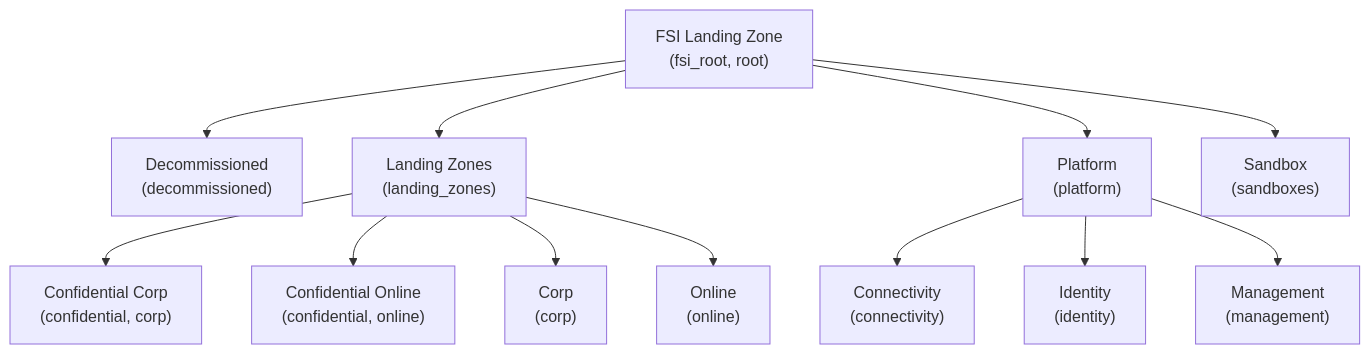
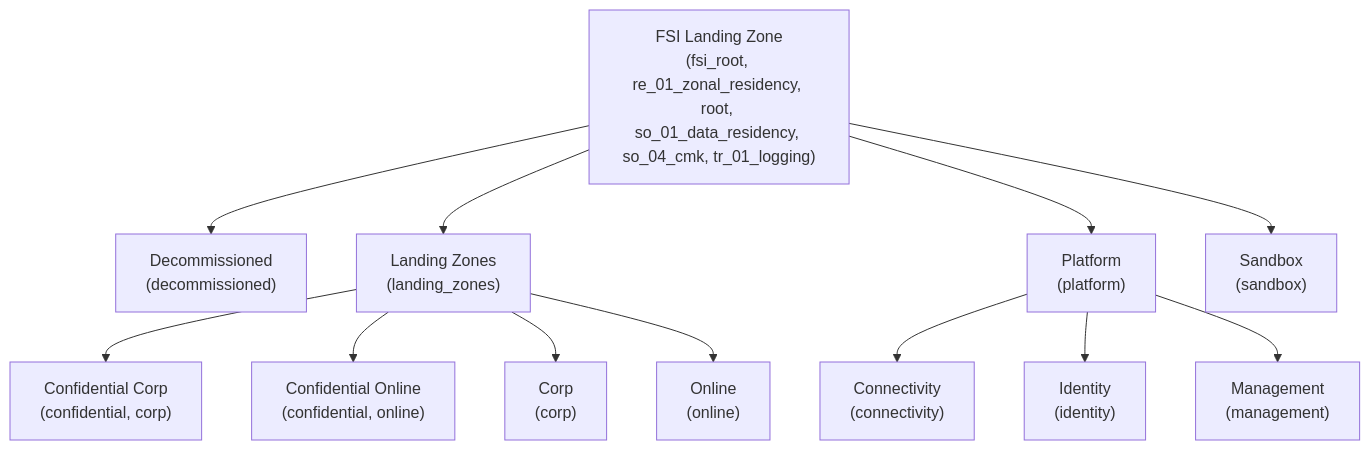
Before and after one commit to Azure/Azure-Landing-Zones-Library: the second of 2 diagrams in platform/fsi/README.md, drawn with Mermaid. The commit also changed other lines of this file and 5 other files, not shown here.

````diff
--- a/platform/fsi/README.md
+++ b/platform/fsi/README.md
@@ -70,39 +70,39 @@
 ```mermaid
 flowchart TD
   fsi["FSI Landing Zone
-(fsi_root, root)"]
+(fsi_root, re_01_zonal_residency, root, so_01_data_residency, so_04_cmk, tr_01_logging)"]
   fsi --> fsi-decommissioned
   fsi-decommissioned["Decommissioned
 (decommissioned)"]
   fsi --> fsi-landingzones
   fsi-landingzones["Landing Zones
 (landing_zones)"]
   fsi-landingzones --> fsi-landingzones-confidential-corp
   fsi-landingzones-confidential-corp["Confidential Corp
 (confidential, corp)"]
   fsi-landingzones --> fsi-landingzones-confidential-online
   fsi-landingzones-confidential-online["Confidential Online
 (confidential, online)"]
   fsi-landingzones --> fsi-landingzones-corp
   fsi-landingzones-corp["Corp
 (corp)"]
   fsi-landingzones --> fsi-landingzones-online
   fsi-landingzones-online["Online
 (online)"]
   fsi --> fsi-platform
   fsi-platform["Platform
 (platform)"]
   fsi-platform --> fsi-platform-connectivity
   fsi-platform-connectivity["Connectivity
 (connectivity)"]
   fsi-platform --> fsi-platform-identity
   fsi-platform-identity["Identity
 (identity)"]
   fsi-platform --> fsi-platform-management
   fsi-platform-management["Management
 (management)"]
   fsi --> fsi-sandbox
   fsi-sandbox["Sandbox
-(sandboxes)"]
+(sandbox)"]
 
 ```
````
